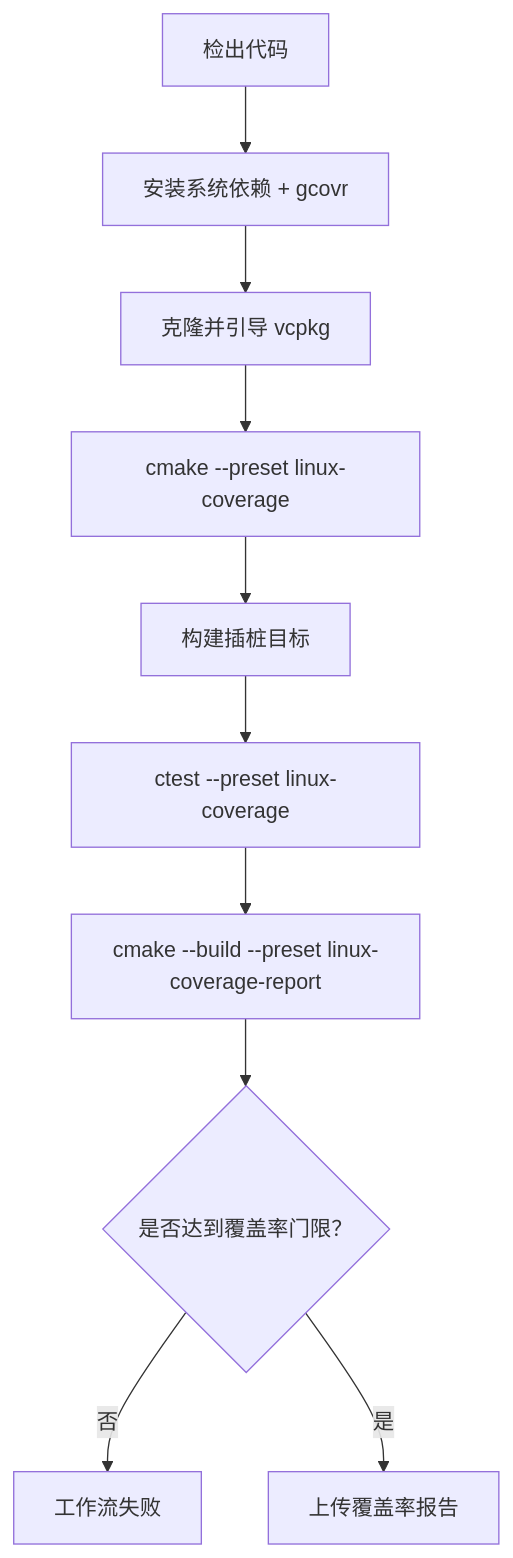
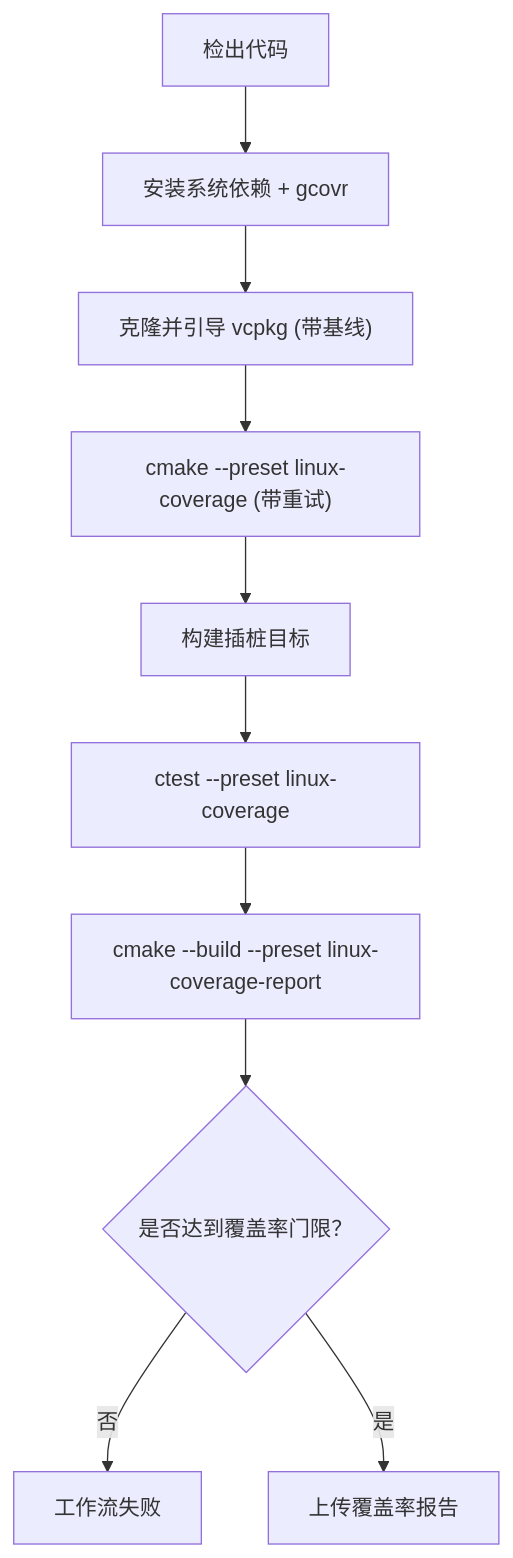
The seventh of 11 diagrams in .qoder/repowiki/zh/content/开发测试与贡献/CI_CD流水线增强.md (hsmbanlance/HsBaSlicer), drawn with Mermaid before and after one commit. The commit also changed other lines of this file and 172 other files, not shown here.

````diff
--- a/.qoder/repowiki/zh/content/开发测试与贡献/CI_CD流水线增强.md
+++ b/.qoder/repowiki/zh/content/开发测试与贡献/CI_CD流水线增强.md
@@ -326,12 +356,12 @@
 ```mermaid
 flowchart TD
 Checkout["检出代码"] --> Deps["安装系统依赖 + gcovr"]
-Deps --> Vcpkg["克隆并引导 vcpkg"]
-Vcpkg --> Configure["cmake --preset linux-coverage"]
+Deps --> Vcpkg["克隆并引导 vcpkg (带基线)"]
+Vcpkg --> Configure["cmake --preset linux-coverage (带重试)"]
 Configure --> Build["构建插桩目标"]
 Build --> Test["ctest --preset linux-coverage"]
 Test --> Report["cmake --build --preset linux-coverage-report"]
 Report --> Gate{"是否达到覆盖率门限？"}
 Gate --> |否| Fail["工作流失败"]
 Gate --> |是| Upload["上传覆盖率报告"]
 ```
````
